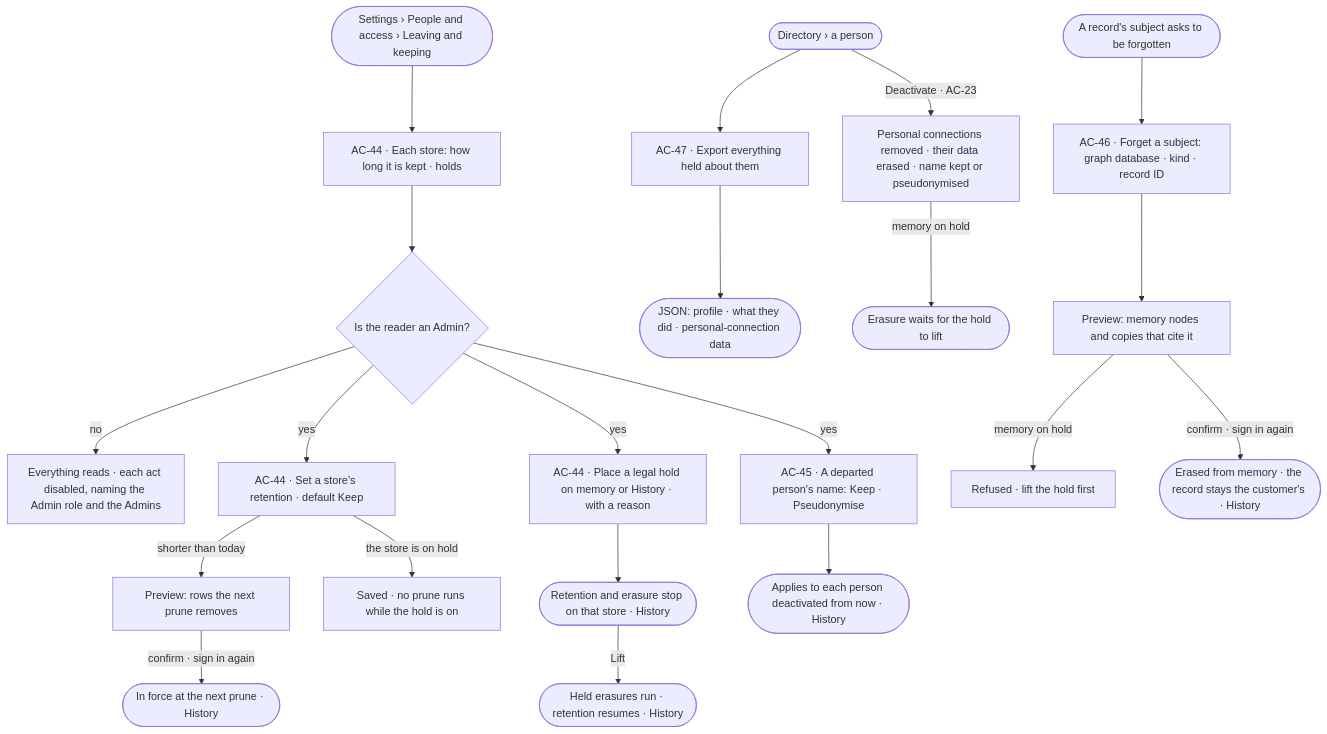
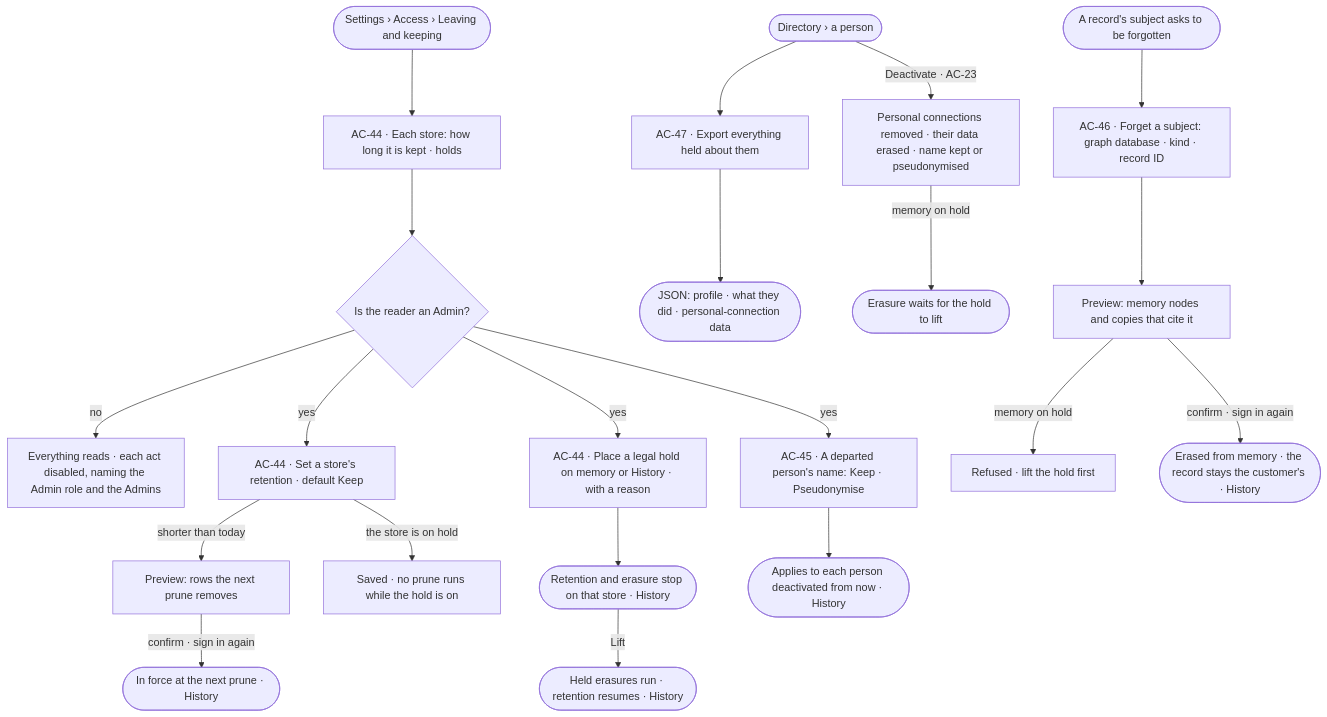
The first of 2 diagrams in specs/os/access/features/AC-F12-leaving-and-keeping/feature.md (invana/invana), drawn with Mermaid before and after one commit. The commit also changed other lines of this file and 106 other files, not shown here.

````diff
--- a/specs/os/access/features/AC-F12-leaving-and-keeping/feature.md
+++ b/specs/os/access/features/AC-F12-leaving-and-keeping/feature.md
@@ -27,23 +27,23 @@
 ```mermaid
 flowchart TD
-  start([Settings › People and access › Leaving and keeping]) --> view["AC-44 · Each store: how long it is kept · holds"]
+  start([Settings › Access › Leaving and keeping]) --> view["AC-44 · Each store: how long it is kept · holds"]
   view --> who{"Is the reader an Admin?"}
   who -->|no| ro["Everything reads · each act disabled, naming the Admin role and the Admins"]
   who -->|yes| ret["AC-44 · Set a store's retention · default Keep"]
   ret -->|shorter than today| prev["Preview: rows the next prune removes"]
   prev -->|confirm · sign in again| saved(["In force at the next prune · History"])
   ret -->|the store is on hold| held["Saved · no prune runs while the hold is on"]
   who -->|yes| hold["AC-44 · Place a legal hold on memory or History · with a reason"]
   hold --> hsaved(["Retention and erasure stop on that store · History"])
   hsaved -->|Lift| lift(["Held erasures run · retention resumes · History"])
   who -->|yes| names["AC-45 · A departed person's name: Keep · Pseudonymise"]
   names --> nsaved(["Applies to each person deactivated from now · History"])
   dir([Directory › a person]) --> exp["AC-47 · Export everything held about them"]
   exp --> json(["JSON: profile · what they did · personal-connection data"])
   dir -->|Deactivate · AC-23| leave["Personal connections removed · their data erased · name kept or pseudonymised"]
   leave -->|memory on hold| wait(["Erasure waits for the hold to lift"])
   rec([A record's subject asks to be forgotten]) --> fg["AC-46 · Forget a subject: graph database · kind · record ID"]
   fg --> fprev["Preview: memory nodes and copies that cite it"]
   fprev -->|memory on hold| fr["Refused · lift the hold first"]
   fprev -->|confirm · sign in again| fdone(["Erased from memory · the record stays the customer's · History"])
 ```
````
